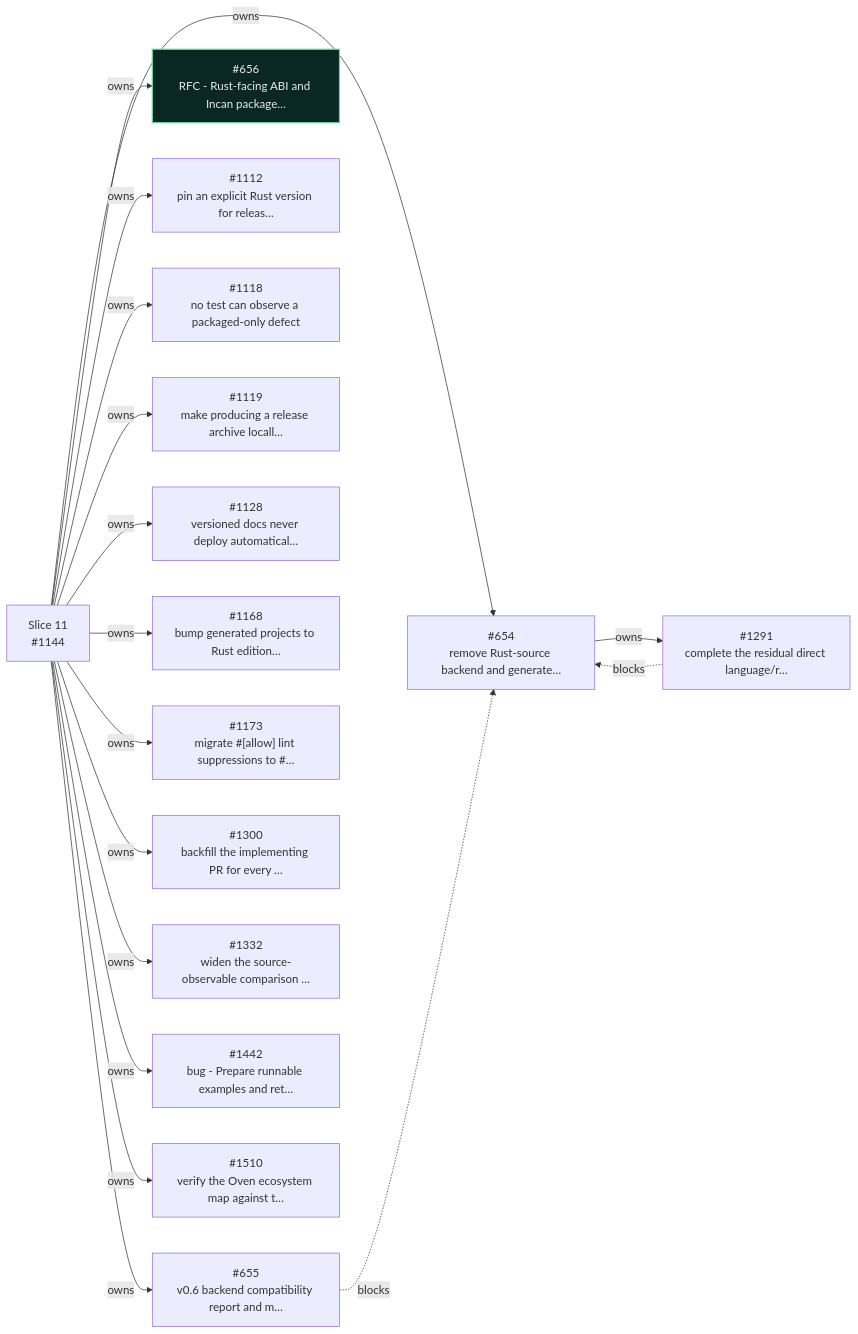
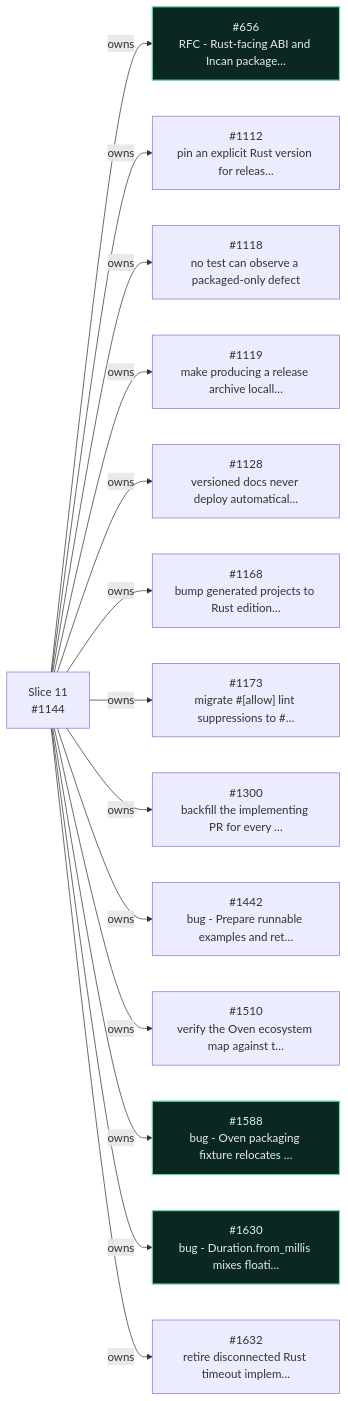
Before and after one commit to encero-systems/incan: diagram 11 of 12 in workspaces/docs-site/docs/_snippets/project/v0_6_roadmap.md, drawn with Mermaid. The commit also changed other lines of this file and 2 other files, not shown here.

First line of the commit message:
docs - 1561 refresh the v0.6 roadmap and show Slice 7 (#2051)

````diff
--- a/workspaces/docs-site/docs/_snippets/project/v0_6_roadmap.md
+++ b/workspaces/docs-site/docs/_snippets/project/v0_6_roadmap.md
@@ -802,51 +1041,46 @@
 ```mermaid
 flowchart LR
-  i654["#654<br/>remove Rust-source backend and generate…"]
-  i655["#655<br/>v0.6 backend compatibility report and m…"]
   i656["#656<br/>RFC - Rust-facing ABI and Incan package…"]
   i1112["#1112<br/>pin an explicit Rust version for releas…"]
   i1118["#1118<br/>no test can observe a packaged-only defect"]
   i1119["#1119<br/>make producing a release archive locall…"]
   i1128["#1128<br/>versioned docs never deploy automatical…"]
   s1144["Slice 11<br/>#1144"]
   i1168["#1168<br/>bump generated projects to Rust edition…"]
   i1173["#1173<br/>migrate #[allow] lint suppressions to #…"]
-  i1291["#1291<br/>complete the residual direct language/r…"]
   i1300["#1300<br/>backfill the implementing PR for every …"]
-  i1332["#1332<br/>widen the source-observable comparison …"]
   i1442["#1442<br/>bug - Prepare runnable examples and ret…"]
   i1510["#1510<br/>verify the Oven ecosystem map against t…"]
-  s1144 -- owns --> i654
-  s1144 -- owns --> i655
+  i1588["#1588<br/>bug - Oven packaging fixture relocates …"]
+  i1630["#1630<br/>bug - Duration.from_millis mixes floati…"]
+  i1632["#1632<br/>retire disconnected Rust timeout implem…"]
   s1144 -- owns --> i656
   s1144 -- owns --> i1112
   s1144 -- owns --> i1118
   s1144 -- owns --> i1119
   s1144 -- owns --> i1128
   s1144 -- owns --> i1168
   s1144 -- owns --> i1173
-  i654 -- owns --> i1291
   s1144 -- owns --> i1300
-  s1144 -- owns --> i1332
   s1144 -- owns --> i1442
   s1144 -- owns --> i1510
-  i655 -. blocks .-> i654
-  i1291 -. blocks .-> i654
+  s1144 -- owns --> i1588
+  s1144 -- owns --> i1630
+  s1144 -- owns --> i1632
   classDef incv06complete fill:#0b2724,stroke:#66d9a3,color:#e4ebf2,stroke-width:1.7px
-  class i656 incv06complete
-  click i654 href "https://github.com/encero-systems/incan/issues/654" "Open #654 on GitHub"
-  click i655 href "https://github.com/encero-systems/incan/issues/655" "Open #655 on GitHub"
+  class i656,i1588,i1630 incv06complete
   click i656 href "https://github.com/encero-systems/incan/issues/656" "Open #656 on GitHub"
   click i1112 href "https://github.com/encero-systems/incan/issues/1112" "Open #1112 on GitHub"
   click i1118 href "https://github.com/encero-systems/incan/issues/1118" "Open #1118 on GitHub"
   click i1119 href "https://github.com/encero-systems/incan/issues/1119" "Open #1119 on GitHub"
   click i1128 href "https://github.com/encero-systems/incan/issues/1128" "Open #1128 on GitHub"
   click s1144 href "https://github.com/encero-systems/incan/issues/1144" "Open #1144 on GitHub"
   click i1168 href "https://github.com/encero-systems/incan/issues/1168" "Open #1168 on GitHub"
   click i1173 href "https://github.com/encero-systems/incan/issues/1173" "Open #1173 on GitHub"
-  click i1291 href "https://github.com/encero-systems/incan/issues/1291" "Open #1291 on GitHub"
   click i1300 href "https://github.com/encero-systems/incan/issues/1300" "Open #1300 on GitHub"
-  click i1332 href "https://github.com/encero-systems/incan/issues/1332" "Open #1332 on GitHub"
   click i1442 href "https://github.com/encero-systems/incan/issues/1442" "Open #1442 on GitHub"
   click i1510 href "https://github.com/encero-systems/incan/issues/1510" "Open #1510 on GitHub"
+  click i1588 href "https://github.com/encero-systems/incan/issues/1588" "Open #1588 on GitHub"
+  click i1630 href "https://github.com/encero-systems/incan/issues/1630" "Open #1630 on GitHub"
+  click i1632 href "https://github.com/encero-systems/incan/issues/1632" "Open #1632 on GitHub"
 ```
````
